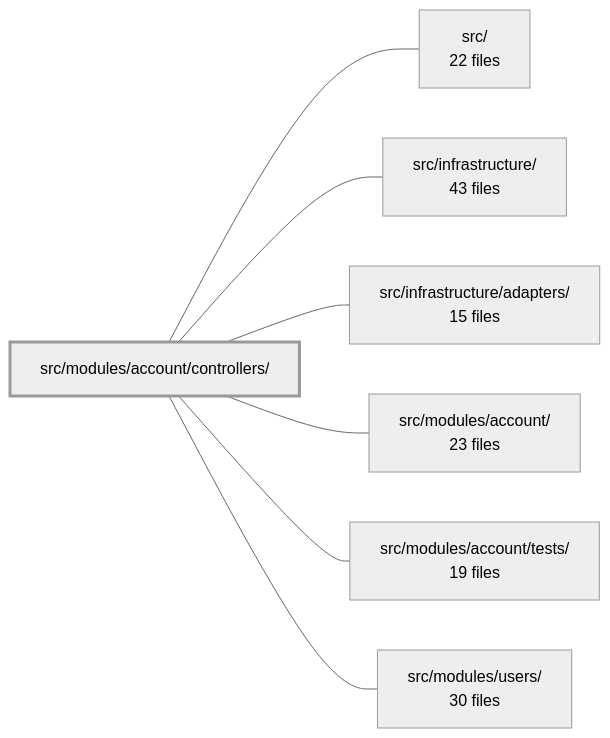
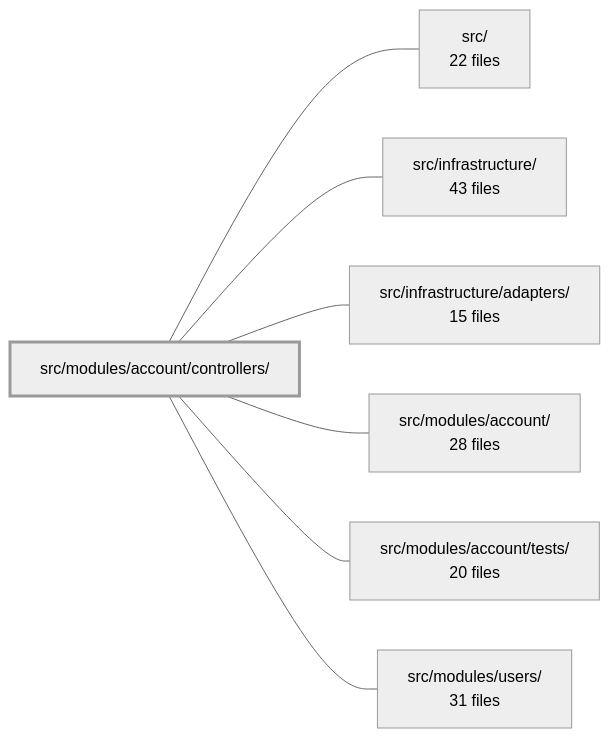
One commit to Guebbit/boilerplate-node-backend changed the diagram in .2repo/modules/boilerplate-node-backend_src_modules_account_controllers.md. Above: the diagram before and after it, drawn with Mermaid (neutral theme). The commit also changed other lines of this file and 302 other files, not shown here.

First line of the commit message:
chore(2repo): refresh repo context, wiki, and architecture snapshots

````diff
--- a/.2repo/modules/boilerplate-node-backend_src_modules_account_controllers.md
+++ b/.2repo/modules/boilerplate-node-backend_src_modules_account_controllers.md
@@ -39,17 +41,17 @@
 ```mermaid
 flowchart LR
     m_src_modules_account_controllers["src/modules/account/controllers/"]
     m_src["src/<br/>22 files"]
     m_src_infrastructure["src/infrastructure/<br/>43 files"]
     m_src_infrastructure_adapters["src/infrastructure/adapters/<br/>15 files"]
-    m_src_modules_account["src/modules/account/<br/>23 files"]
-    m_src_modules_account_tests["src/modules/account/tests/<br/>19 files"]
-    m_src_modules_users["src/modules/users/<br/>30 files"]
+    m_src_modules_account["src/modules/account/<br/>28 files"]
+    m_src_modules_account_tests["src/modules/account/tests/<br/>20 files"]
+    m_src_modules_users["src/modules/users/<br/>31 files"]
     m_src_modules_account_controllers --- m_src
     m_src_modules_account_controllers --- m_src_infrastructure
     m_src_modules_account_controllers --- m_src_infrastructure_adapters
     m_src_modules_account_controllers --- m_src_modules_account
     m_src_modules_account_controllers --- m_src_modules_account_tests
     m_src_modules_account_controllers --- m_src_modules_users
     style m_src_modules_account_controllers stroke-width:3px
 ```
````
